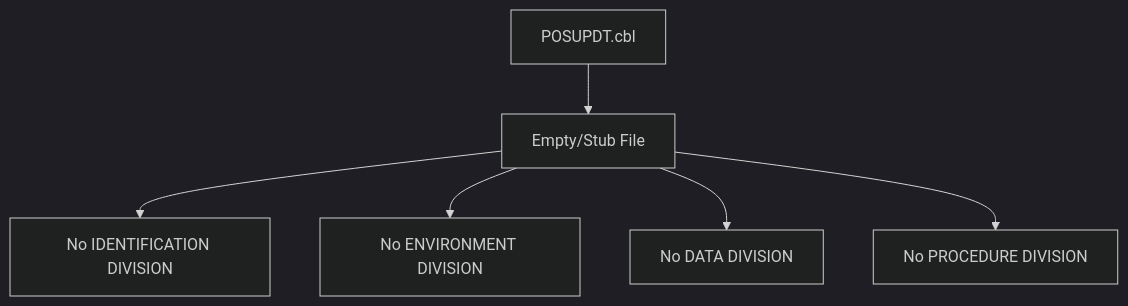
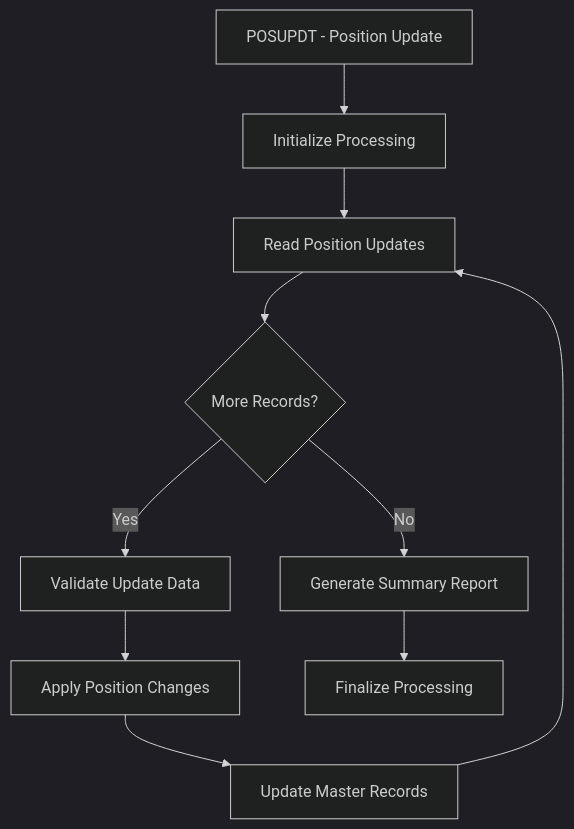
One commit to haladir-com/legacy-benchmark-docs-vb70e1 changed the diagram in docs/programs/POSUPDT.mdx. Above: the diagram before and after it, drawn with Mermaid (dark theme). The commit also changed other lines of this file and 63 other files, not shown here.

````diff
--- a/docs/programs/POSUPDT.mdx
+++ b/docs/programs/POSUPDT.mdx
@@ -17,8 +16,12 @@
 ```mermaid
 graph TD
-    A[POSUPDT.cbl] --> B[Empty/Stub File]
-    B --> C[No IDENTIFICATION DIVISION]
-    B --> D[No ENVIRONMENT DIVISION]
-    B --> E[No DATA DIVISION]
-    B --> F[No PROCEDURE DIVISION]
+    A[POSUPDT - Position Update] --> B[Initialize Processing]
+    B --> C[Read Position Updates]
+    C --> D{More Records?}
+    D -->|Yes| E[Validate Update Data]
+    E --> F[Apply Position Changes]
+    F --> G[Update Master Records]
+    G --> C
+    D -->|No| H[Generate Summary Report]
+    H --> I[Finalize Processing]
 ```
````
